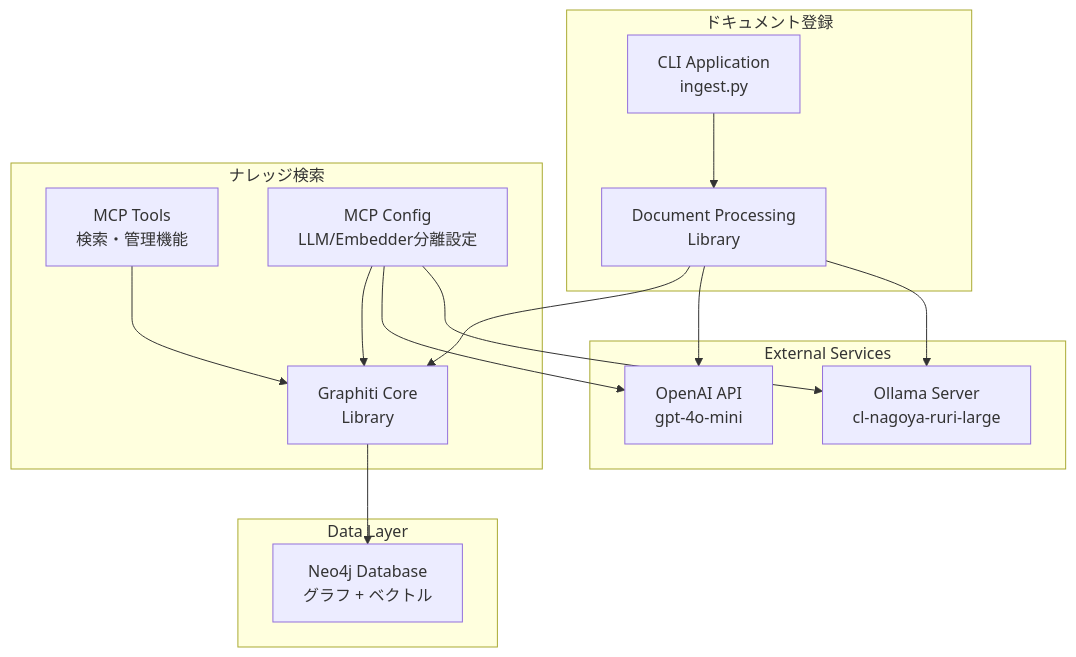
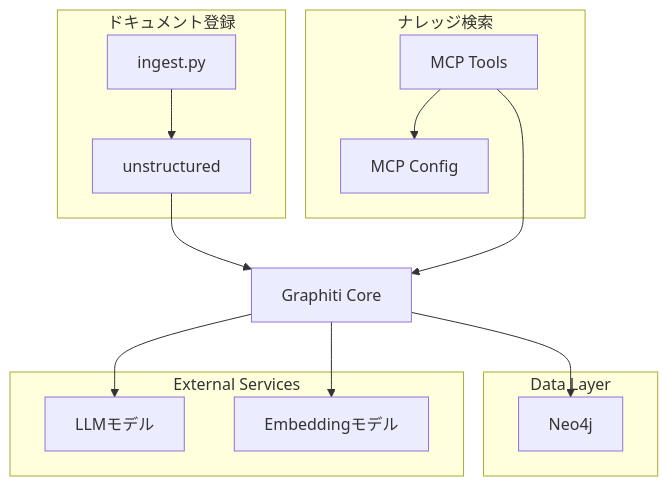
The second of 8 diagrams in DEVELOPER.md (suwa-sh/local-RAG-backend), drawn with Mermaid before and after one commit. The commit also changed other lines of this file and 3 other files, not shown here.

````diff
--- a/DEVELOPER.md
+++ b/DEVELOPER.md
@@ -45,32 +45,31 @@
 ```mermaid
 graph TB
     subgraph "ドキュメント登録"
-        CLI[CLI Application<br/>ingest.py]
-        DPL[Document Processing<br/>Library]
+        CLI[ingest.py]
+        DPL[unstructured]
     end
 
     subgraph "ナレッジ検索"
-        MCPTools[MCP Tools<br/>検索・管理機能]
-        GraphitiCore[Graphiti Core<br/>Library]
-        MCPConfig[MCP Config<br/>LLM/Embedder分離設定]
+        MCPTools[MCP Tools]
+        MCPConfig[MCP Config]
     end
 
+    GraphitiCore[Graphiti Core]
+
     subgraph "Data Layer"
-        Neo4j[Neo4j Database<br/>グラフ + ベクトル]
+        Neo4j[Neo4j]
     end
 
     subgraph "External Services"
-        OpenAI[OpenAI API<br/>gpt-4o-mini]
-        Ollama[Ollama Server<br/>cl-nagoya-ruri-large]
+        OpenAI[LLMモデル]
+        Ollama[Embeddingモデル]
     end
 
     CLI --> DPL
     DPL --> GraphitiCore
-    MCPTools --> GraphitiCore
-    MCPConfig --> GraphitiCore
+    MCPTools --> MCPConfig
+    MCPTools ---> GraphitiCore
     GraphitiCore --> Neo4j
-    DPL --> OpenAI
-    DPL --> Ollama
-    MCPConfig --> OpenAI
-    MCPConfig --> Ollama
+    GraphitiCore --> OpenAI
+    GraphitiCore --> Ollama
 ```
````
